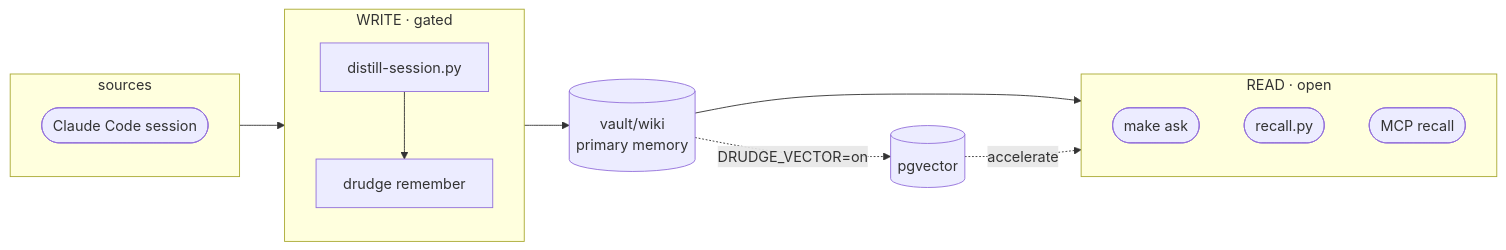
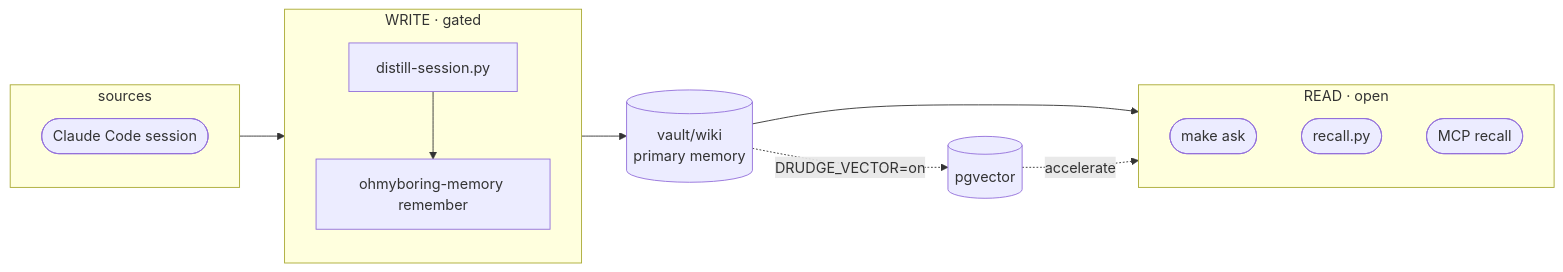
Before and after one commit to jazz1x/ohmyboring: the diagram in README.ja.md, drawn with Mermaid. The commit also changed other lines of this file and 16 other files, not shown here.

First line of the commit message:
refactor(mcp): rename MCP server from drudge to ohmyboring-memory

````diff
--- a/README.ja.md
+++ b/README.ja.md
@@ -51,18 +51,18 @@
 ```mermaid
 flowchart LR
   subgraph SRC [sources]
     CC([Claude Code session])
   end
   subgraph WRITE [WRITE · gated]
-    D["distill-session.py"] --> REM["drudge remember"]
+    D["distill-session.py"] --> REM["ohmyboring-memory remember"]
   end
   WIKI[("vault/wiki<br/>primary memory")]
   subgraph RD [READ · open]
     ASK([make ask])
     REC([recall.py])
     MCP([MCP recall])
   end
   SRC --> WRITE --> WIKI --> RD
   WIKI -. "DRUDGE_VECTOR=on" .-> PG[("pgvector")]
   PG -. accelerate .-> RD
 ```
````
